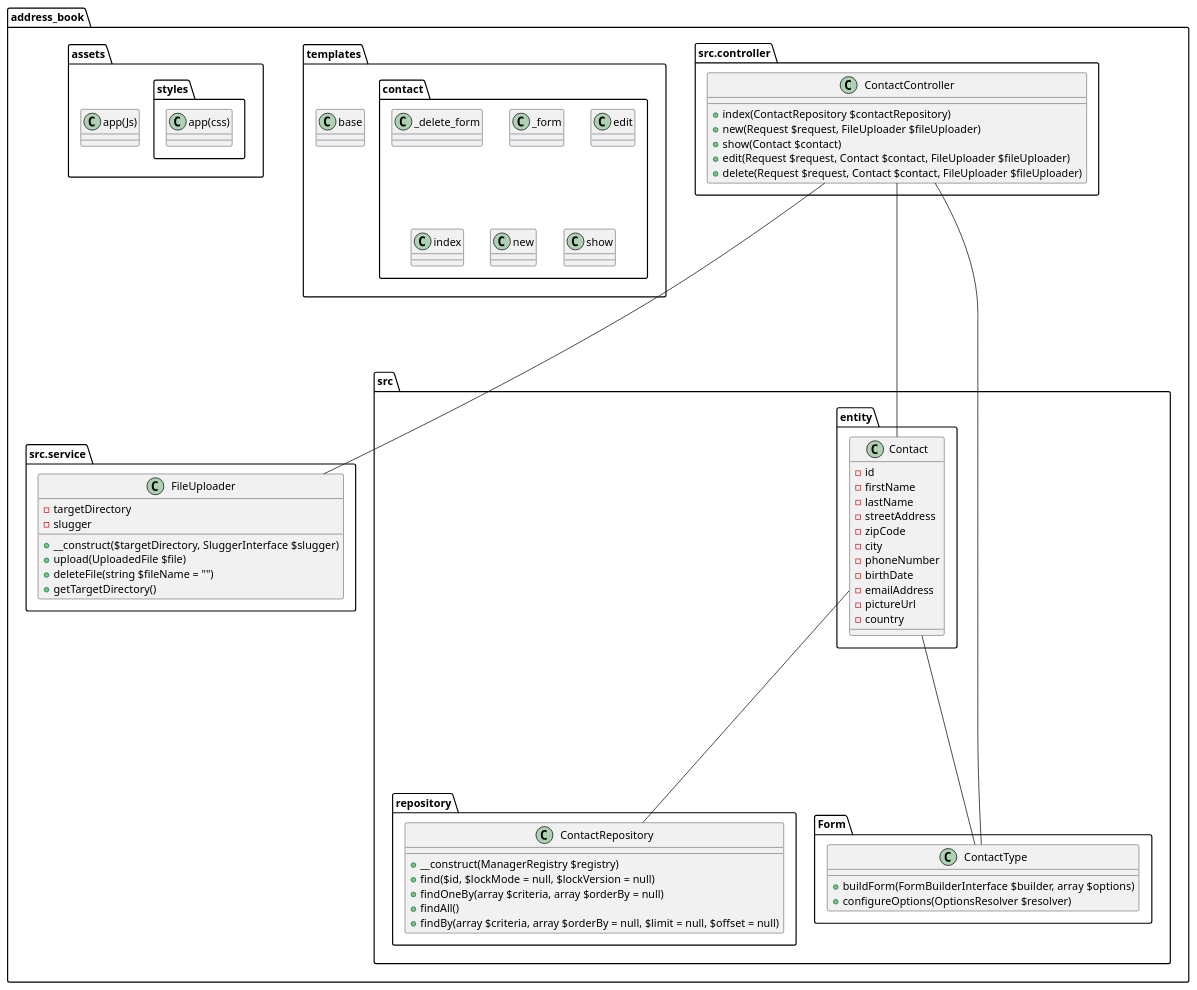
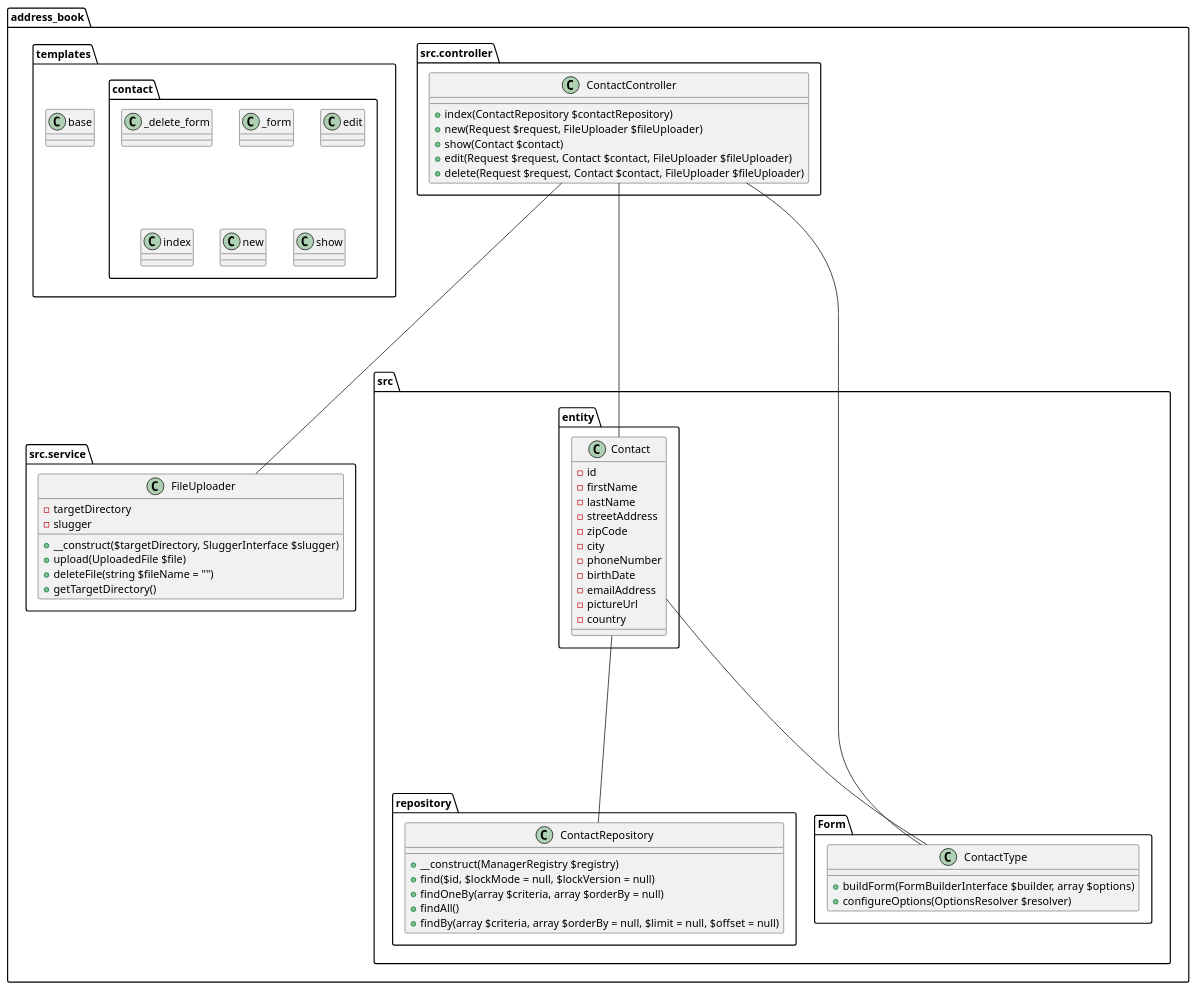
Before and after one commit to tonyYSaliba/Address-Book: the fourth of 4 diagrams in docs/DesignDocument.md, drawn with PlantUML. The commit also changed 8 other files, not shown here.

```diff
--- a/docs/DesignDocument.md
+++ b/docs/DesignDocument.md
@@ -233,18 +233,6 @@
 
       }
     }
-
-
-package "address_book.assets" {
-   class "app(Js)"{
-
-   }
-}
-package "address_book.assets.styles" {
-   class "app(css)"{
-
-   }
-}
 }
 
 "ContactController" ----- "FileUploader"
```
